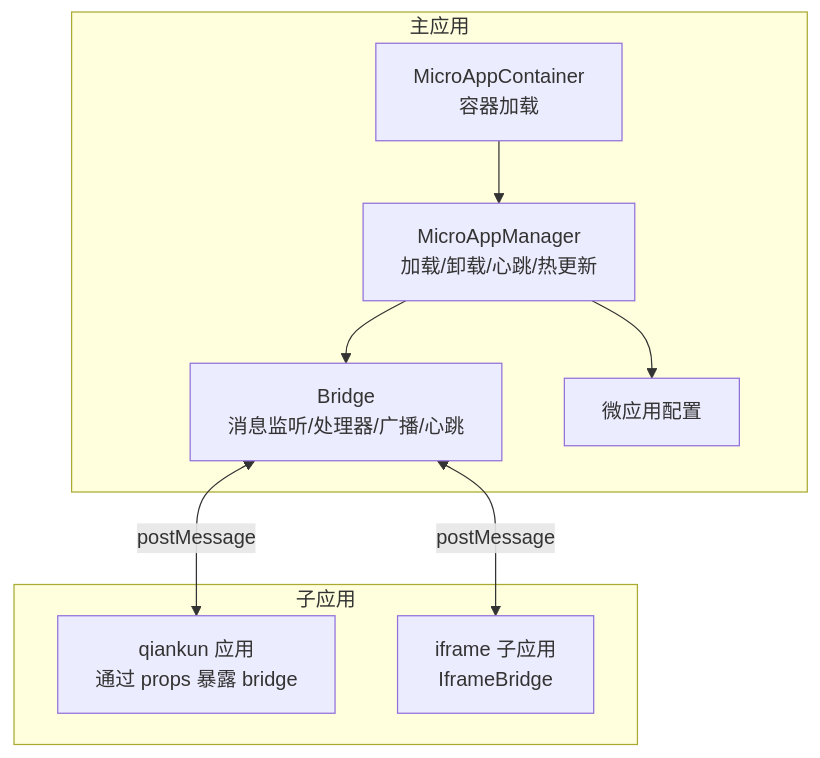
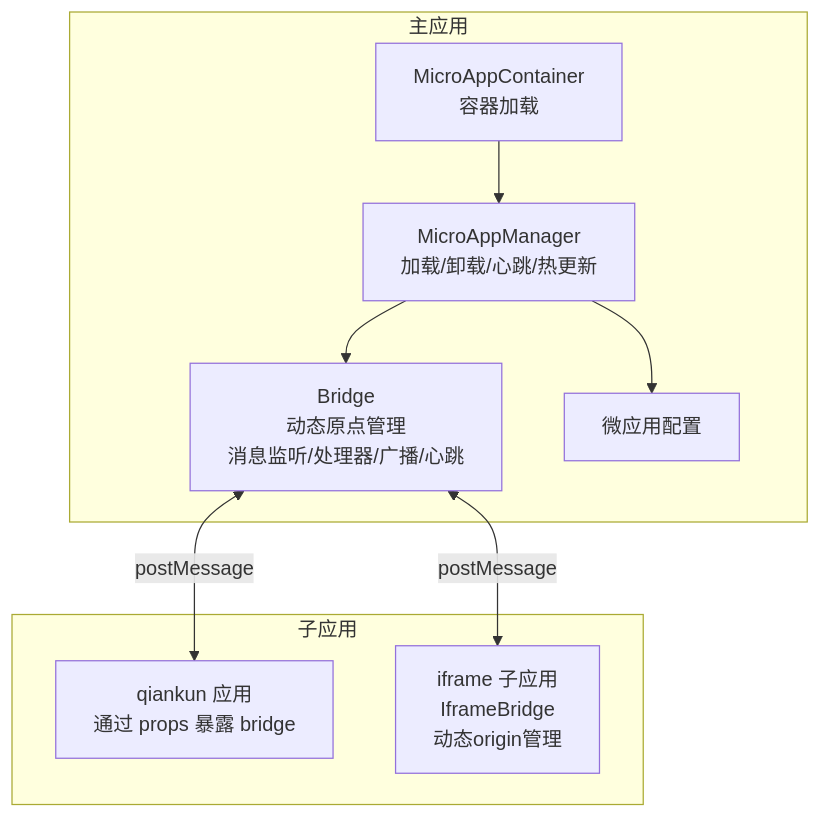
The first of 8 diagrams in .qoder/repowiki/zh/content/架构设计/通信架构.md (my-Sitara/artisan-base-frontend), drawn with Mermaid before and after one commit. The commit also changed other lines of this file and 35 other files, not shown here.

````diff
--- a/.qoder/repowiki/zh/content/架构设计/通信架构.md
+++ b/.qoder/repowiki/zh/content/架构设计/通信架构.md
@@ -35,18 +46,18 @@
 ```mermaid
 graph TB
 subgraph "主应用"
-MA_Bridge["Bridge<br/>消息监听/处理器/广播/心跳"]
+MA_Bridge["Bridge<br/>动态原点管理<br/>消息监听/处理器/广播/心跳"]
 MA_Manager["MicroAppManager<br/>加载/卸载/心跳/热更新"]
 MA_Config["微应用配置"]
 MA_Container["MicroAppContainer<br/>容器加载"]
 end
 subgraph "子应用"
 Qiankun_App["qiankun 应用<br/>通过 props 暴露 bridge"]
-Iframe_App["iframe 子应用<br/>IframeBridge"]
+Iframe_App["iframe 子应用<br/>IframeBridge<br/>动态origin管理"]
 end
 MA_Bridge <-- postMessage --> Qiankun_App
 MA_Bridge <-- postMessage --> Iframe_App
 MA_Manager --> MA_Bridge
 MA_Manager --> MA_Config
 MA_Container --> MA_Manager
 ```
````
